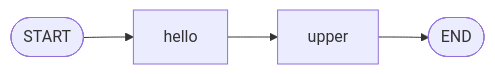
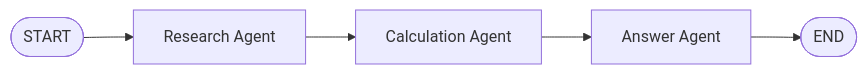
Before and after one commit to ykubota-dev/ai-agent-tutorial: diagram 14 of 14 in docs/07_langgraph.md, drawn with Mermaid. The commit also changed other lines of this file and 1 other file, not shown here.

````diff
--- a/docs/07_langgraph.md
+++ b/docs/07_langgraph.md
@@ -856,11 +1081,17 @@
 ```mermaid
 flowchart LR
     START(["START"])
-    HELLO["hello"]
-    UPPER["upper"]
+
+    R["Research Agent"]
+
+    C["Calculation Agent"]
+
+    A["Answer Agent"]
+
     END(["END"])
 
-    START --> HELLO
-    HELLO --> UPPER
-    UPPER --> END
+    START --> R
+    R --> C
+    C --> A
+    A --> END
 ```
````
